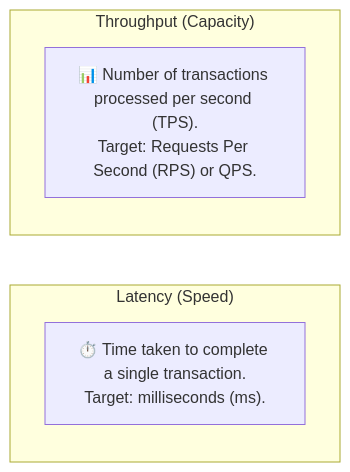
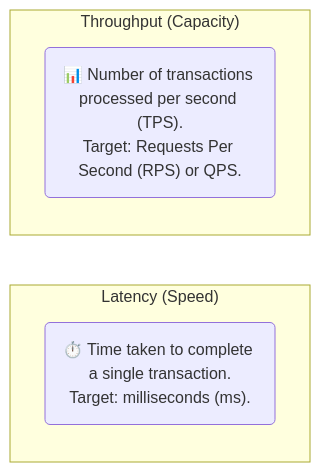
Before and after one commit to PKRacha/system-design: the first of 4 diagrams in basics/04_system_characteristics.md, drawn with Mermaid. The commit also changed other lines of this file and 4 other files, not shown here.

Commit message:
docs: standardize all mermaid diagrams with curvy corners and default color styling

````diff
--- a/basics/04_system_characteristics.md
+++ b/basics/04_system_characteristics.md
@@ -11,10 +11,10 @@
 ```mermaid
 graph LR
     subgraph Latency ["Latency (Speed)"]
-        L["⏱️ Time taken to complete a single transaction.<br>Target: milliseconds (ms)."]
+        L("⏱️ Time taken to complete a single transaction.<br>Target: milliseconds (ms).")
     end
     
     subgraph Throughput ["Throughput (Capacity)"]
-        T["📊 Number of transactions processed per second (TPS).<br>Target: Requests Per Second (RPS) or QPS."]
+        T("📊 Number of transactions processed per second (TPS).<br>Target: Requests Per Second (RPS) or QPS.")
     end
 ```
````
